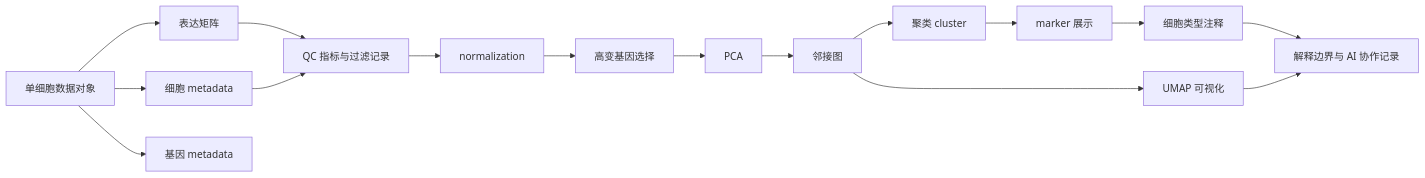
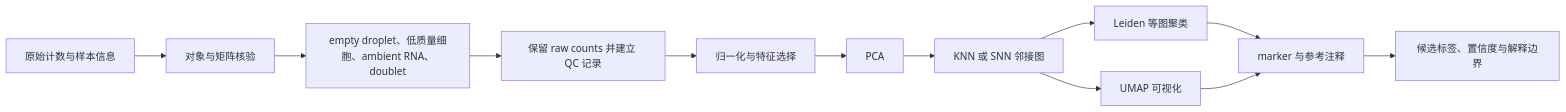
One commit to luvega/AI_MED_DataVis changed the first of 2 diagrams in docs/chapters/chapter-14/index.md. Above: the diagram before and after it, drawn with Mermaid. The commit also changed other lines of this file and 84 other files, not shown here.

````diff
--- a/docs/chapters/chapter-14/index.md
+++ b/docs/chapters/chapter-14/index.md
@@ -73,18 +34,14 @@
 ```mermaid
 flowchart LR
-  A["单细胞数据对象"] --> B["表达矩阵"]
-  A --> C["细胞 metadata"]
-  A --> D["基因 metadata"]
-  B --> E["QC 指标与过滤记录"]
-  C --> E
-  E --> F["normalization"]
-  F --> G["高变基因选择"]
-  G --> H["PCA"]
-  H --> I["邻接图"]
-  I --> J["聚类 cluster"]
-  I --> K["UMAP 可视化"]
-  J --> L["marker 展示"]
-  L --> M["细胞类型注释"]
-  M --> N["解释边界与 AI 协作记录"]
-  K --> N
+    A["原始计数与样本信息"] --> B["对象与矩阵核验"]
+    B --> C["empty droplet、低质量细胞、ambient RNA、doublet"]
+    C --> D["保留 raw counts 并建立 QC 记录"]
+    D --> E["归一化与特征选择"]
+    E --> F["PCA"]
+    F --> G["KNN 或 SNN 邻接图"]
+    G --> H["Leiden 等图聚类"]
+    G --> I["UMAP 可视化"]
+    H --> J["marker 与参考注释"]
+    I --> J
+    J --> K["候选标签、置信度与解释边界"]
 ```
````
